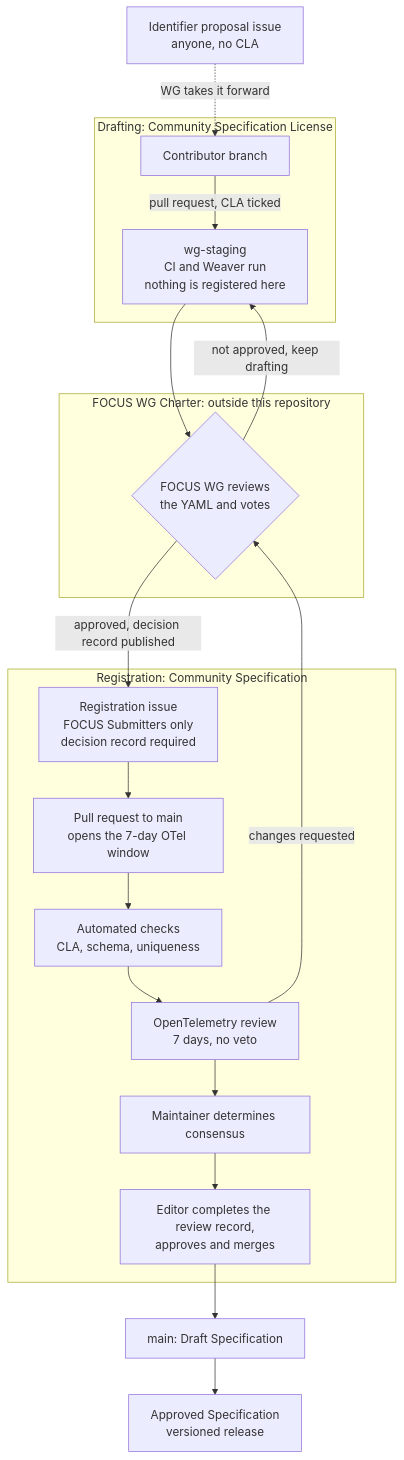
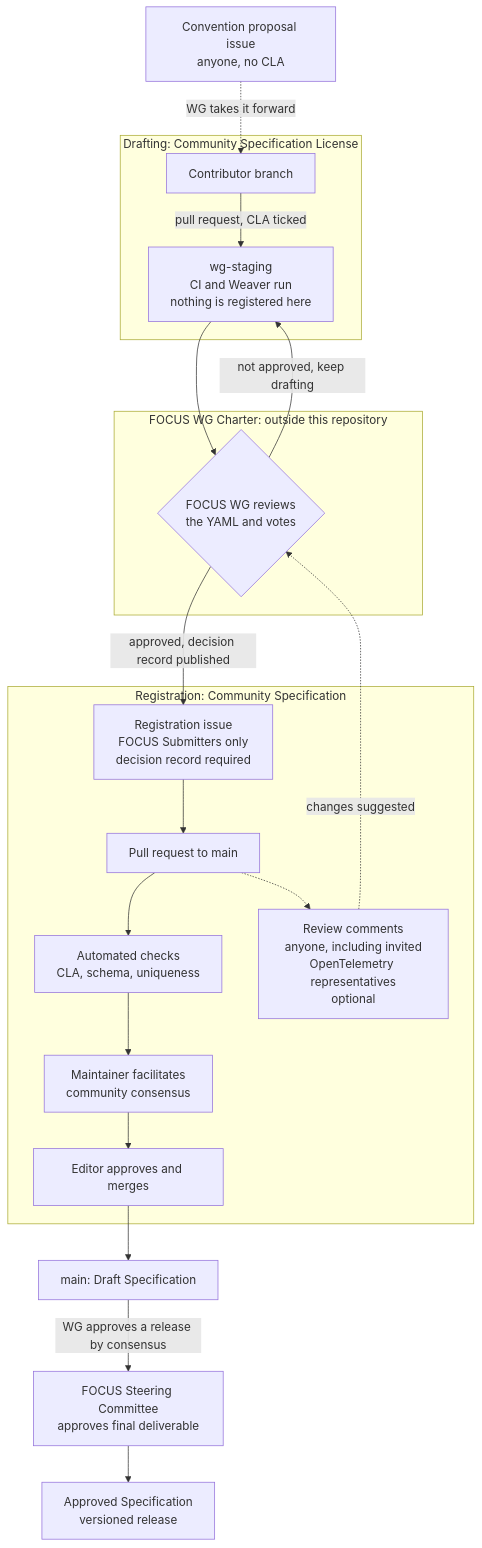
One commit to FinOps-Open-Cost-and-Usage-Spec/focus-otel-semconv changed the diagram in README.md. Above: the diagram before and after it, drawn with Mermaid. The commit also changed other lines of this file and 9 other files, not shown here.

````diff
--- a/README.md
+++ b/README.md
@@ -24,34 +45,36 @@
 ```mermaid
 flowchart TD
-    P["Identifier proposal issue<br/>anyone, no CLA"]
+    P["Convention proposal issue<br/>anyone, no CLA"]
 
     subgraph DRAFT["Drafting: Community Specification License"]
         B["Contributor branch"]
         S["wg-staging<br/>CI and Weaver run<br/>nothing is registered here"]
         B -->|"pull request, CLA ticked"| S
     end
 
     subgraph WG["FOCUS WG Charter: outside this repository"]
         V{"FOCUS WG reviews<br/>the YAML and votes"}
     end
 
     subgraph REG["Registration: Community Specification"]
         I["Registration issue<br/>FOCUS Submitters only<br/>decision record required"]
-        PR["Pull request to main<br/>opens the 7-day OTel window"]
+        PR["Pull request to main"]
         C["Automated checks<br/>CLA, schema, uniqueness"]
-        O["OpenTelemetry review<br/>7 days, no veto"]
-        M["Maintainer determines consensus"]
-        E["Editor completes the review record,<br/>approves and merges"]
-        I --> PR --> C --> O --> M --> E
+        O["Review comments<br/>anyone, including invited<br/>OpenTelemetry representatives<br/>optional"]
+        M["Maintainer facilitates<br/>community consensus"]
+        E["Editor approves and merges"]
+        I --> PR --> C --> M --> E
+        PR -.-> O
     end
 
     MAIN["main: Draft Specification"]
     REL["Approved Specification<br/>versioned release"]
+    SC["FOCUS Steering Committee<br/>approves final deliverable"]
 
     P -.->|"WG takes it forward"| B
     S --> V
     V -->|"not approved, keep drafting"| S
     V -->|"approved, decision record published"| I
-    O -->|"changes requested"| V
-    E --> MAIN --> REL
+    O -.->|"changes suggested"| V
+    E --> MAIN -->|"WG approves a release by consensus"| SC --> REL
 ```
````
